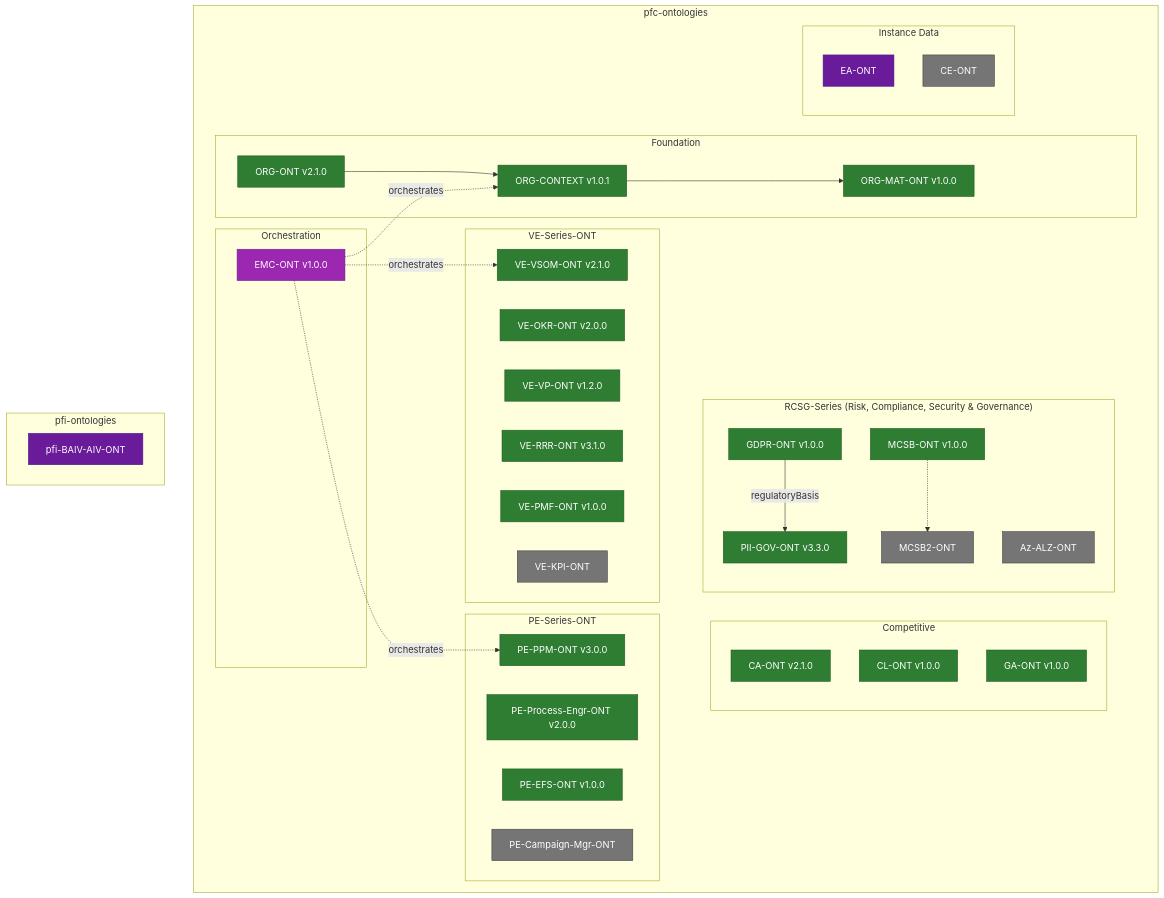
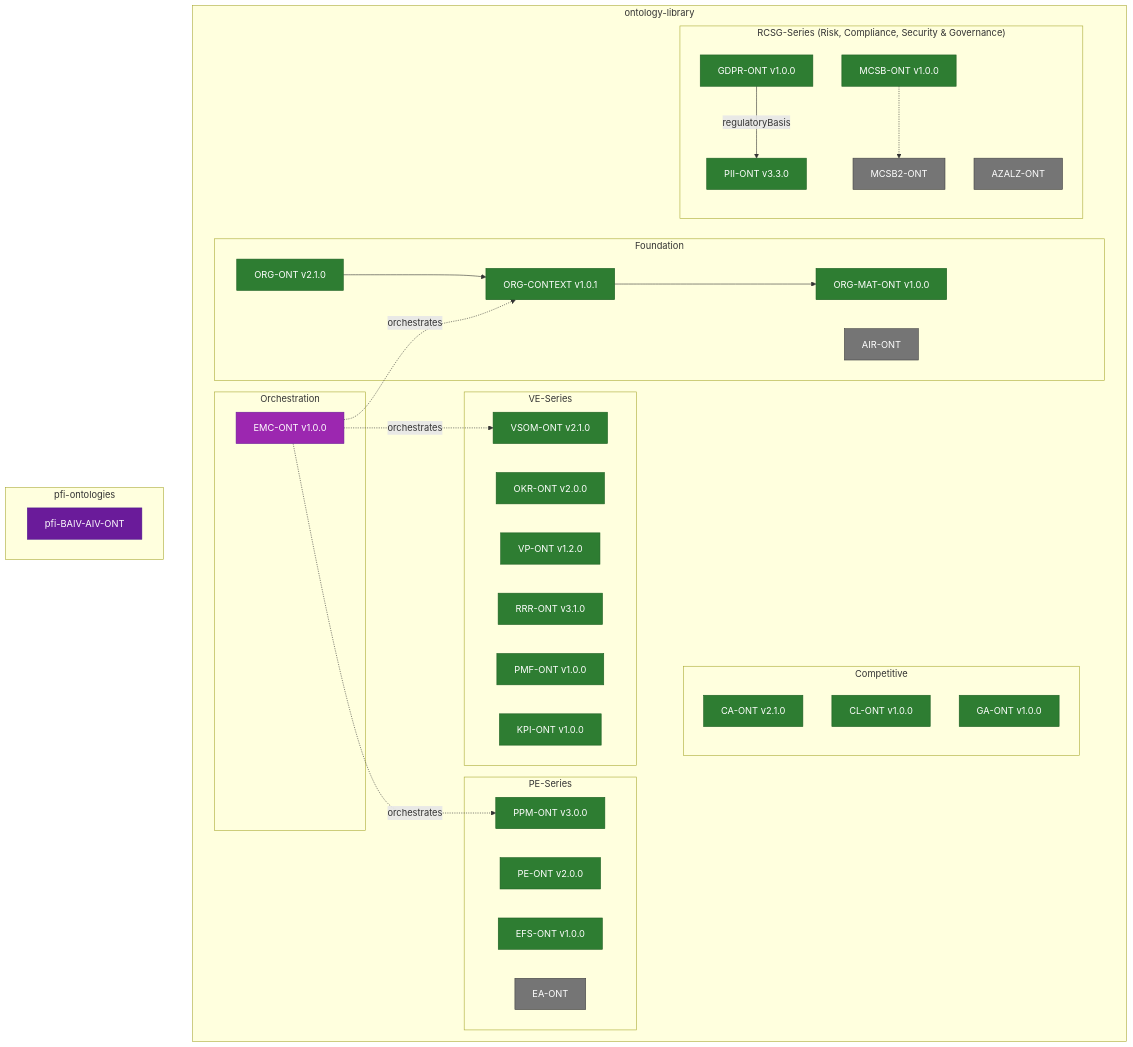
Before and after one commit to ajrmooreuk/Azlan-EA-AAA: the third of 17 diagrams in PBS/ONTOLOGIES/ONTOLOGY-ARCHITECTURE.md, drawn with Mermaid. The commit also changed other lines of this file and 10 other files, not shown here.

First line of the commit message:
feat: add series highlight selectors for all 6 ontology series

````diff
--- a/PBS/ONTOLOGIES/ONTOLOGY-ARCHITECTURE.md
+++ b/PBS/ONTOLOGIES/ONTOLOGY-ARCHITECTURE.md
@@ -223,72 +240,67 @@
 ```mermaid
 graph TB
-    subgraph "pfc-ontologies"
+    subgraph "ontology-library"
         subgraph "Orchestration"
             EMC[EMC-ONT v1.0.0]
         end
 
         subgraph "Foundation"
             ORG[ORG-ONT v2.1.0]
             ORG_CTX[ORG-CONTEXT v1.0.1]
             ORG_MAT[ORG-MAT-ONT v1.0.0]
+            AIR[AIR-ONT]
             ORG --> ORG_CTX
             ORG_CTX --> ORG_MAT
         end
 
         subgraph "Competitive"
             CA[CA-ONT v2.1.0]
             CL[CL-ONT v1.0.0]
             GA[GA-ONT v1.0.0]
         end
 
-        subgraph "PE-Series-ONT"
-            PE_PPM[PE-PPM-ONT v3.0.0]
-            PE_PROC[PE-Process-Engr-ONT v2.0.0]
-            PE_EFS[PE-EFS-ONT v1.0.0]
-            PE_CAMP[PE-Campaign-Mgr-ONT]
+        subgraph "PE-Series"
+            PE_PPM[PPM-ONT v3.0.0]
+            PE_PROC[PE-ONT v2.0.0]
+            PE_EFS[EFS-ONT v1.0.0]
+            PE_EA[EA-ONT]
         end
 
-        subgraph "VE-Series-ONT"
-            VE_VSOM[VE-VSOM-ONT v2.1.0]
-            VE_OKR[VE-OKR-ONT v2.0.0]
-            VE_VP[VE-VP-ONT v1.2.0]
-            VE_RRR[VE-RRR-ONT v3.1.0]
-            VE_PMF[VE-PMF-ONT v1.0.0]
-            VE_KPI[VE-KPI-ONT]
+        subgraph "VE-Series"
+            VE_VSOM[VSOM-ONT v2.1.0]
+            VE_OKR[OKR-ONT v2.0.0]
+            VE_VP[VP-ONT v1.2.0]
+            VE_RRR[RRR-ONT v3.1.0]
+            VE_PMF[PMF-ONT v1.0.0]
+            VE_KPI[KPI-ONT v1.0.0]
         end
 
         subgraph "RCSG-Series (Risk, Compliance, Security & Governance)"
             MCSB[MCSB-ONT v1.0.0]
             MCSB2[MCSB2-ONT]
             GDPR[GDPR-ONT v1.0.0]
-            PII[PII-GOV-ONT v3.3.0]
-            AZALZ[Az-ALZ-ONT]
+            PII[PII-ONT v3.3.0]
+            AZALZ[AZALZ-ONT]
             GDPR -->|regulatoryBasis| PII
             MCSB -.-> MCSB2
-        end
-
-        subgraph "Instance Data"
-            EA[EA-ONT]
-            CE[CE-ONT]
         end
     end
 
     subgraph "pfi-ontologies"
         PFI_BAIV[pfi-BAIV-AIV-ONT]
     end
 
     EMC -.->|orchestrates| ORG_CTX
     EMC -.->|orchestrates| VE_VSOM
     EMC -.->|orchestrates| PE_PPM
 
     classDef orchestration fill:#9c27b0,stroke:#6a1b9a,color:#fff
     classDef production fill:#2e7d32,stroke:#1b5e20,color:#fff
-    classDef development fill:#1565c0,stroke:#0d47a1,color:#fff
     classDef placeholder fill:#757575,stroke:#424242,color:#fff
     classDef instance fill:#6a1b9a,stroke:#4a148c,color:#fff
 
     class EMC orchestration
-    class ORG,ORG_CTX,ORG_MAT,CA,CL,GA,PE_PPM,PE_PROC,PE_EFS,VE_VSOM,VE_OKR,VE_VP,VE_RRR,VE_PMF,MCSB,GDPR,PII production
-    class PE_CAMP,VE_KPI,CE,MCSB2,AZALZ placeholder
-    class EA,PFI_BAIV instance
+    class ORG,ORG_CTX,ORG_MAT,CA,CL,GA,PE_PPM,PE_PROC,PE_EFS,VE_VSOM,VE_OKR,VE_VP,VE_RRR,VE_PMF,VE_KPI,MCSB,GDPR,PII production
+    class PE_EA,AIR,MCSB2,AZALZ placeholder
+    class PFI_BAIV instance
 ```
````
